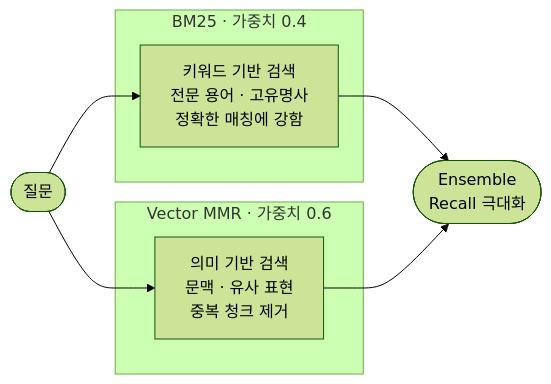
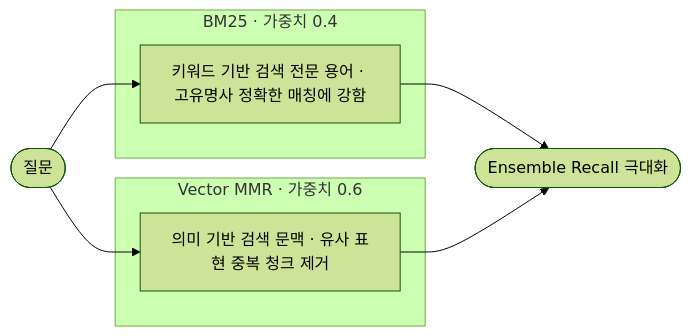
The second of 2 diagrams in README.md (dhdlswhd34/AI-agent), drawn with Mermaid (forest theme) before and after one commit.

````diff
--- a/README.md
+++ b/README.md
@@ -110,16 +110,16 @@
 ```mermaid
 flowchart LR
     Q(["질문"]) --> BM25 & VEC
 
     subgraph BM25_BOX["BM25 · 가중치 0.4"]
-        BM25["키워드 기반 검색\n전문 용어 · 고유명사\n정확한 매칭에 강함"]
+        BM25["키워드 기반 검색 전문 용어 · 고유명사 정확한 매칭에 강함"]
     end
 
     subgraph VEC_BOX["Vector MMR · 가중치 0.6"]
-        VEC["의미 기반 검색\n문맥 · 유사 표현\n중복 청크 제거"]
+        VEC["의미 기반 검색 문맥 · 유사 표현 중복 청크 제거"]
     end
 
     BM25 --> ENS
     VEC --> ENS
-    ENS(["Ensemble\nRecall 극대화"])
+    ENS(["Ensemble Recall 극대화"])
 ```
````
